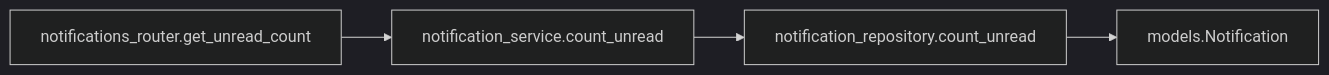
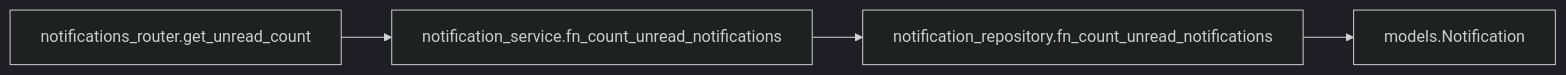
Before and after one commit to oikawa-d/task_management: the third of 4 diagrams in detailed_design/api/notifications/02_get_notifications_unread_count.md, drawn with Mermaid (dark theme). The commit also changed other lines of this file and 58 other files, not shown here.

````diff
--- a/detailed_design/api/notifications/02_get_notifications_unread_count.md
+++ b/detailed_design/api/notifications/02_get_notifications_unread_count.md
@@ -144,6 +144,6 @@
 ```mermaid
 flowchart LR
-    R["notifications_router.get_unread_count"] --> S["notification_service.count_unread"]
-    S --> NR["notification_repository.count_unread"]
+    R["notifications_router.get_unread_count"] --> S["notification_service.fn_count_unread_notifications"]
+    S --> NR["notification_repository.fn_count_unread_notifications"]
     NR --> M["models.Notification"]
 ```
````
